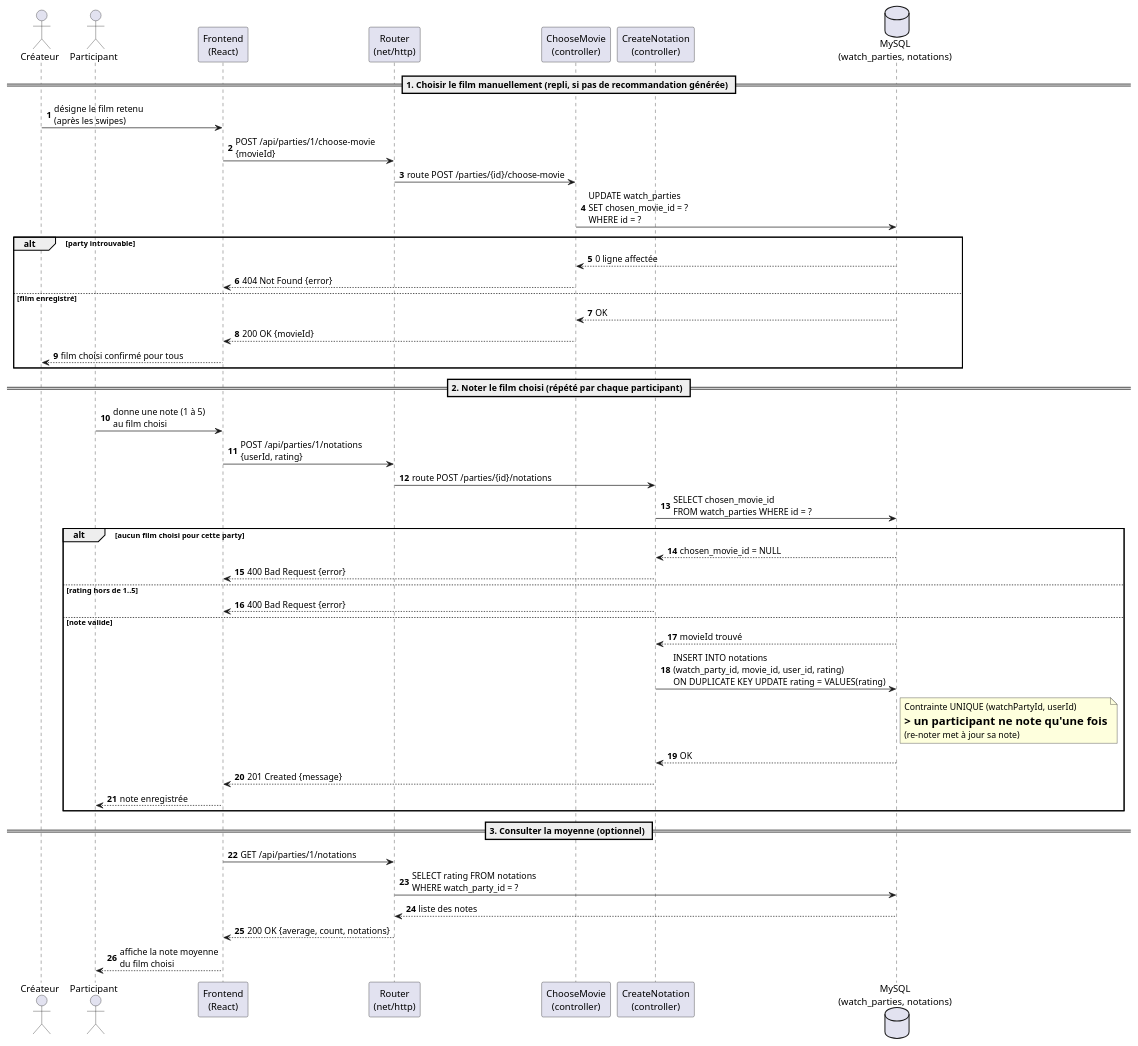
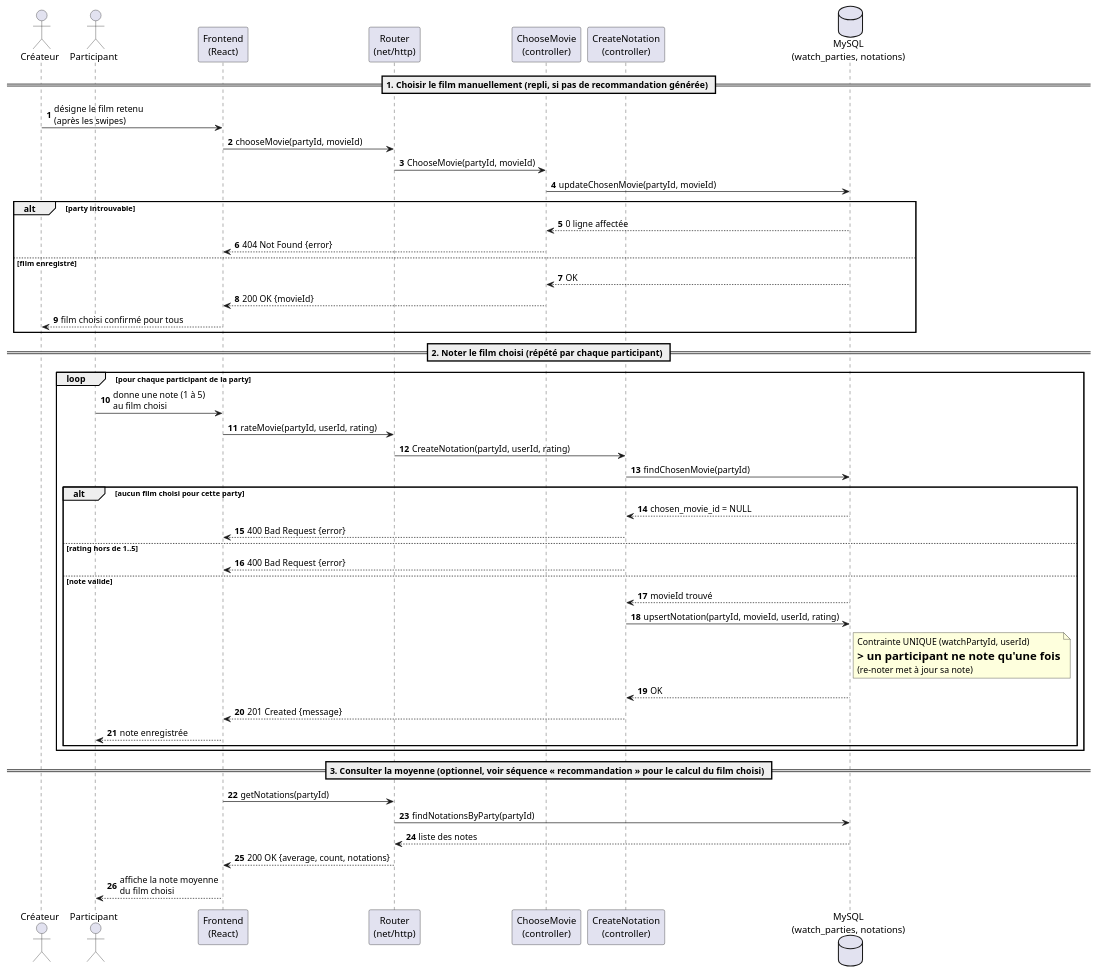
The diagram in docs/uml/sequence_notation.puml (fatymut/watchparty), drawn with PlantUML before and after one commit. The commit also changed 18 other files, not shown here.

First line of the commit message:
UML : diagramme de cas d'utilisation, objets swipe/invitation, sequence creation soiree, style sequences corrige

```diff
--- a/docs/uml/sequence_notation.puml
+++ b/docs/uml/sequence_notation.puml
@@ -1,72 +1,74 @@
 @startuml WatchParty - Séquence : Noter le film choisi (fonctionnalité bonus)
 ' Scénario : en plus de la recommandation automatique (voir sequence_recommendation.puml,
 ' qui calcule le film le plus liké ET renseigne watch_parties.chosen_movie_id), le créateur
 ' peut aussi désigner manuellement le film choisi. Dans les deux cas, chaque participant
 ' peut ensuite lui donner une note de 1 à 5.
 ' Endpoints : POST /api/parties/{id}/choose-movie  (repli manuel)
 '             POST /api/parties/{id}/notations
 '             GET  /api/parties/{id}/notations
 
 skinparam shadowing false
 autonumber
 
 actor "Créateur" as Owner
 actor "Participant" as User
 participant "Frontend\n(React)" as Front
 participant "Router\n(net/http)" as Router
 participant "ChooseMovie\n(controller)" as CtrlChoose
 participant "CreateNotation\n(controller)" as CtrlNote
 database "MySQL\n(watch_parties, notations)" as DB
 
 == 1. Choisir le film manuellement (repli, si pas de recommandation générée) ==
 
 Owner -> Front : désigne le film retenu\n(après les swipes)
-Front -> Router : POST /api/parties/1/choose-movie\n{movieId}
-Router -> CtrlChoose : route POST /parties/{id}/choose-movie
+Front -> Router : chooseMovie(partyId, movieId)
+Router -> CtrlChoose : ChooseMovie(partyId, movieId)
 
-CtrlChoose -> DB : UPDATE watch_parties\nSET chosen_movie_id = ?\nWHERE id = ?
+CtrlChoose -> DB : updateChosenMovie(partyId, movieId)
 
 alt party introuvable
   DB --> CtrlChoose : 0 ligne affectée
   CtrlChoose --> Front : 404 Not Found {error}
 else film enregistré
   DB --> CtrlChoose : OK
   CtrlChoose --> Front : 200 OK {movieId}
   Front --> Owner : film choisi confirmé pour tous
 end
 
 == 2. Noter le film choisi (répété par chaque participant) ==
 
-User -> Front : donne une note (1 à 5)\nau film choisi
-Front -> Router : POST /api/parties/1/notations\n{userId, rating}
-Router -> CtrlNote : route POST /parties/{id}/notations
+loop pour chaque participant de la party
+  User -> Front : donne une note (1 à 5)\nau film choisi
+  Front -> Router : rateMovie(partyId, userId, rating)
+  Router -> CtrlNote : CreateNotation(partyId, userId, rating)
 
-CtrlNote -> DB : SELECT chosen_movie_id\nFROM watch_parties WHERE id = ?
+  CtrlNote -> DB : findChosenMovie(partyId)
 
-alt aucun film choisi pour cette party
-  DB --> CtrlNote : chosen_movie_id = NULL
-  CtrlNote --> Front : 400 Bad Request {error}
-else rating hors de 1..5
-  CtrlNote --> Front : 400 Bad Request {error}
-else note valide
-  DB --> CtrlNote : movieId trouvé
-  CtrlNote -> DB : INSERT INTO notations\n(watch_party_id, movie_id, user_id, rating)\nON DUPLICATE KEY UPDATE rating = VALUES(rating)
-  note right of DB
-    Contrainte UNIQUE (watchPartyId, userId)
-    => un participant ne note qu'une fois
-    (re-noter met à jour sa note)
-  end note
-  DB --> CtrlNote : OK
-  CtrlNote --> Front : 201 Created {message}
-  Front --> User : note enregistrée
+  alt aucun film choisi pour cette party
+    DB --> CtrlNote : chosen_movie_id = NULL
+    CtrlNote --> Front : 400 Bad Request {error}
+  else rating hors de 1..5
+    CtrlNote --> Front : 400 Bad Request {error}
+  else note valide
+    DB --> CtrlNote : movieId trouvé
+    CtrlNote -> DB : upsertNotation(partyId, movieId, userId, rating)
+    note right of DB
+      Contrainte UNIQUE (watchPartyId, userId)
+      => un participant ne note qu'une fois
+      (re-noter met à jour sa note)
+    end note
+    DB --> CtrlNote : OK
+    CtrlNote --> Front : 201 Created {message}
+    Front --> User : note enregistrée
+  end
 end
 
-== 3. Consulter la moyenne (optionnel) ==
+== 3. Consulter la moyenne (optionnel, voir séquence « recommandation » pour le calcul du film choisi) ==
 
-Front -> Router : GET /api/parties/1/notations
-Router -> DB : SELECT rating FROM notations\nWHERE watch_party_id = ?
+Front -> Router : getNotations(partyId)
+Router -> DB : findNotationsByParty(partyId)
 DB --> Router : liste des notes
 Router --> Front : 200 OK {average, count, notations}
 Front --> User : affiche la note moyenne\ndu film choisi
 
 @enduml
```
